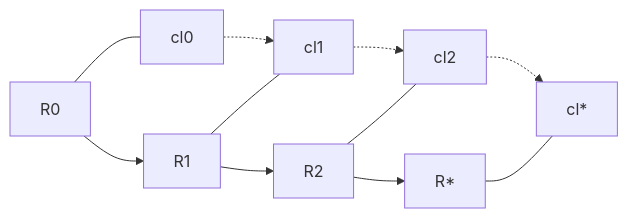
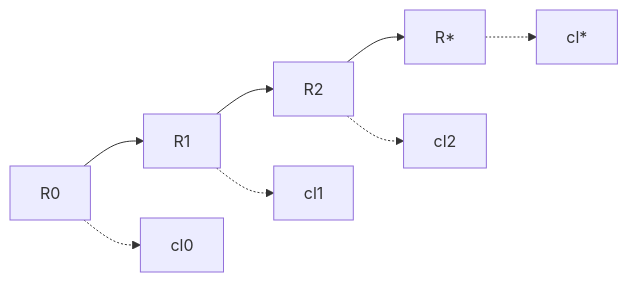
One commit to cristianoc/arc-challenge changed the fifth of 12 diagrams in miniARC/generalization_as_inductive_structure.md. Above: the diagram before and after it, drawn with Mermaid. The commit also changed other lines of this file, not shown here.

````diff
--- a/miniARC/generalization_as_inductive_structure.md
+++ b/miniARC/generalization_as_inductive_structure.md
@@ -156,9 +127,8 @@
 ```mermaid
 flowchart LR
-    R0["R0"] --> R1["R1"] --> R2["R2"] --> RK["R*"]
-    C0["cl0"] -.-> C1["cl1"] -.-> C2["cl2"] -.-> CK["cl*"]
-    R0 --- C0
-    R1 --- C1
-    R2 --- C2
-    RK --- CK
+    R0["R0"] --> R1["R1"] --> R2["R2"] --> RS["R*"]
+    R0 -.-> C0["cl0"]
+    R1 -.-> C1["cl1"]
+    R2 -.-> C2["cl2"]
+    RS -.-> CS["cl*"]
 ```
````
